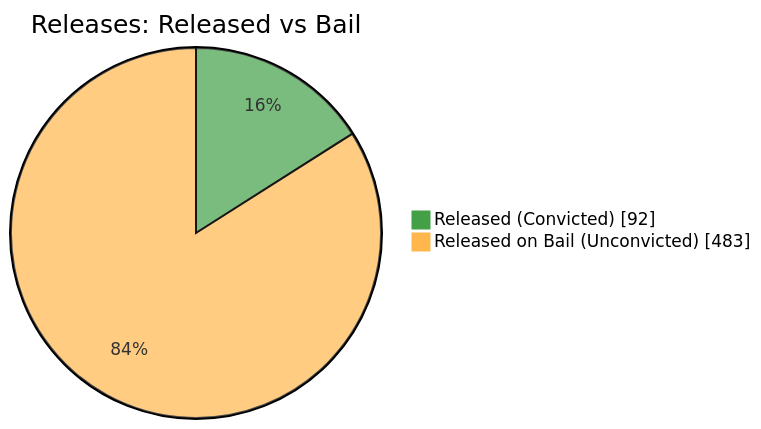
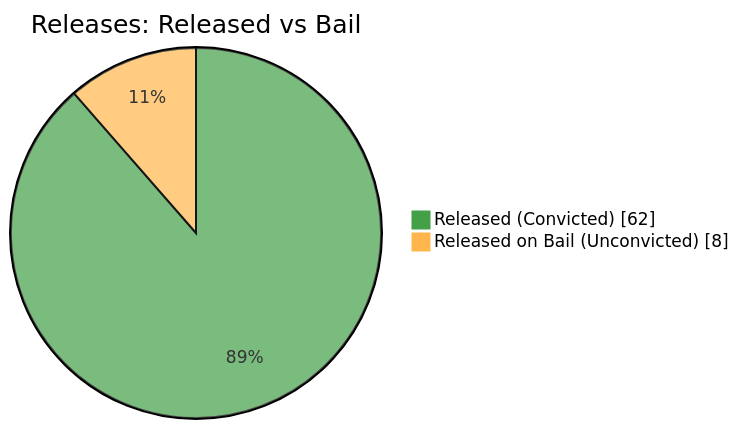
The fifth of 7 diagrams in README.md (nuuuwan/lk_prisons), drawn with Mermaid before and after one commit. The commit also changed other lines of this file and 1 other file, not shown here.

````diff
--- a/README.md
+++ b/README.md
@@ -87,6 +87,6 @@
 ```mermaid
 %%{init: {'themeVariables': {'pie1': '#43A047', 'pie2': '#FFB74D'}}}%%
 pie showData title Releases: Released vs Bail
-    "Released (Convicted)" : 92
-    "Released on Bail (Unconvicted)" : 483
+    "Released (Convicted)" : 62
+    "Released on Bail (Unconvicted)" : 8
 ```
````
